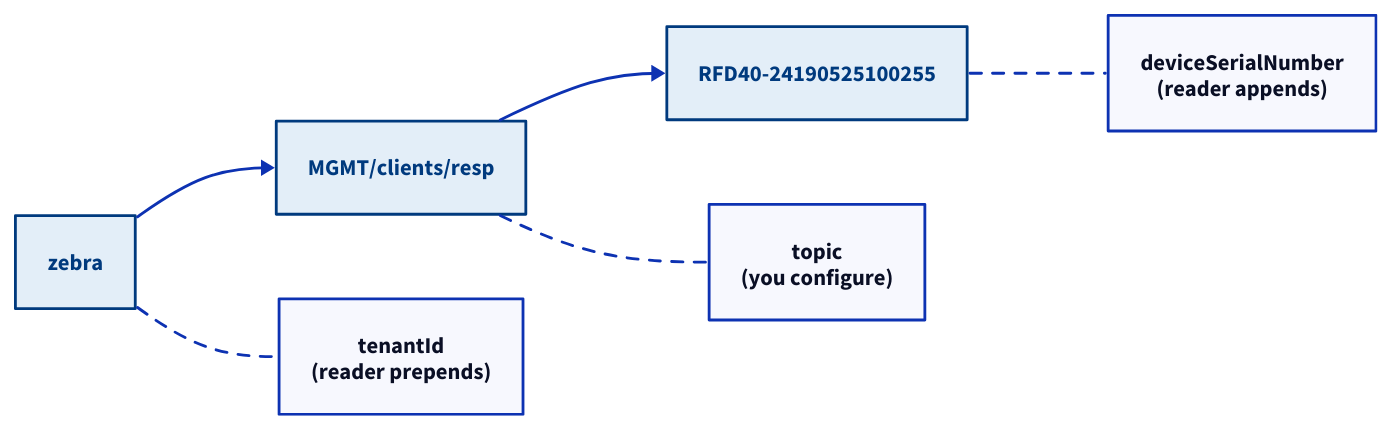
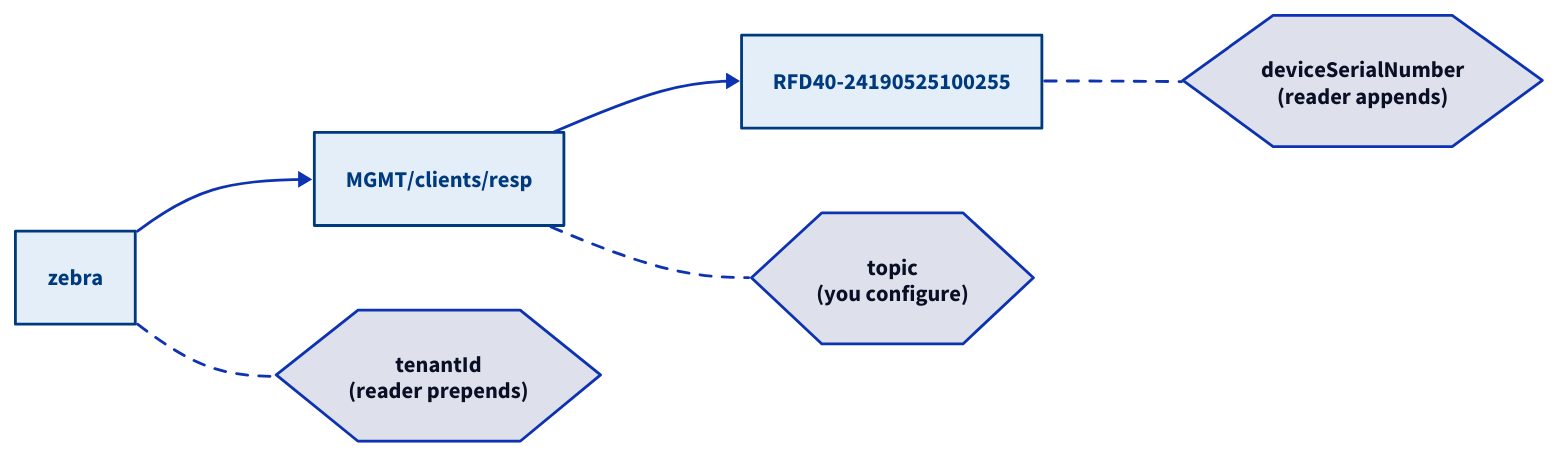
Before and after one commit to admiral-ai/zebra-handheld-rfid-iotc: the first of 2 diagrams in docs/foundations/architecture/interface-model.md, drawn with D2. The commit also changed other lines of this file and 40 other files, not shown here.

First line of the commit message:
Redesign all 54 D2 diagrams to a unified visual system

````diff
--- a/docs/foundations/architecture/interface-model.md
+++ b/docs/foundations/architecture/interface-model.md
@@ -38,13 +38,17 @@
 ```d2
+classes: {
+  ident: { style: { fill: "#e3eef8"; stroke: "#003a7e"; font-color: "#003a7e" } }
+}
 direction: right
-T: zebra { style: { fill: "#e3eef8"; stroke: "#003a7e"; font-color: "#003a7e" } }
-M: MGMT/clients/resp { style: { fill: "#e3eef8"; stroke: "#003a7e"; font-color: "#003a7e" } }
-S: RFD40-24190525100255 { style: { fill: "#e3eef8"; stroke: "#003a7e"; font-color: "#003a7e" } }
-t1: "tenantId\n(reader prepends)"
-t2: "topic\n(you configure)"
-t3: "deviceSerialNumber\n(reader appends)"
+T: zebra { class: ident }
+M: MGMT/clients/resp { class: ident }
+S: RFD40-24190525100255 { class: ident }
+t1: "tenantId\n(reader prepends)" { shape: hexagon }
+t2: "topic\n(you configure)" { shape: hexagon }
+t3: "deviceSerialNumber\n(reader appends)" { shape: hexagon }
 T -> M -> S
-T -- t1: { style.stroke-dash: 4 }
-M -- t2: { style.stroke-dash: 4 }
-S -- t3: { style.stroke-dash: 4 }
+T -- t1 { style.stroke-dash: 4 }
+M -- t2 { style.stroke-dash: 4 }
+S -- t3 { style.stroke-dash: 4 }
+
 ```
````
